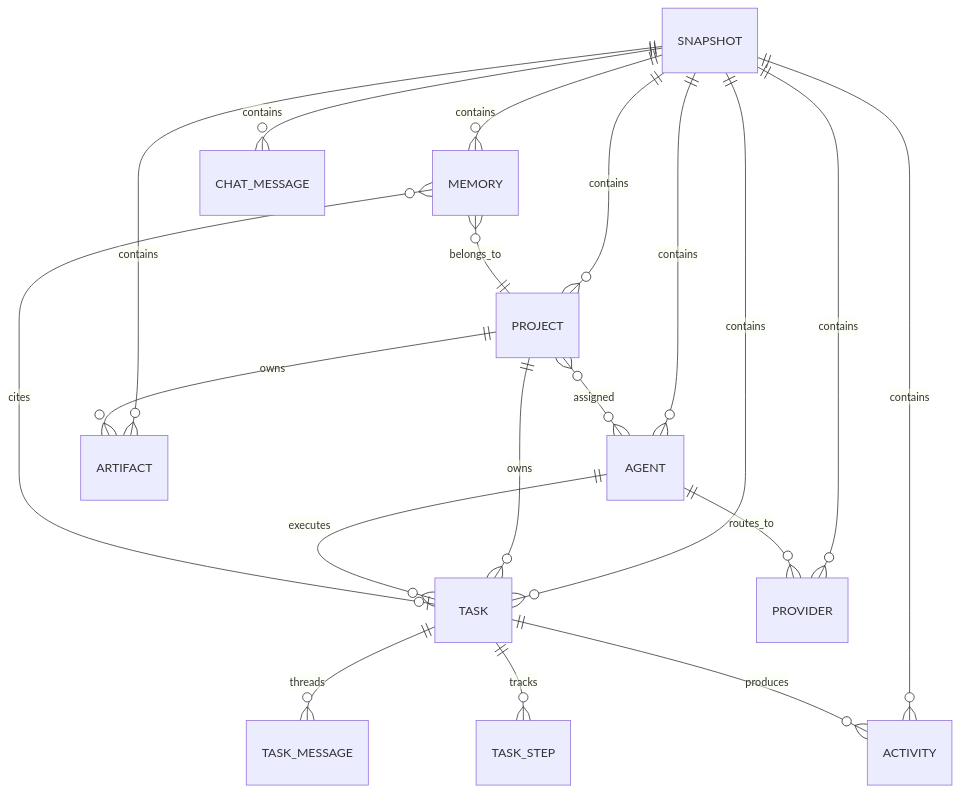
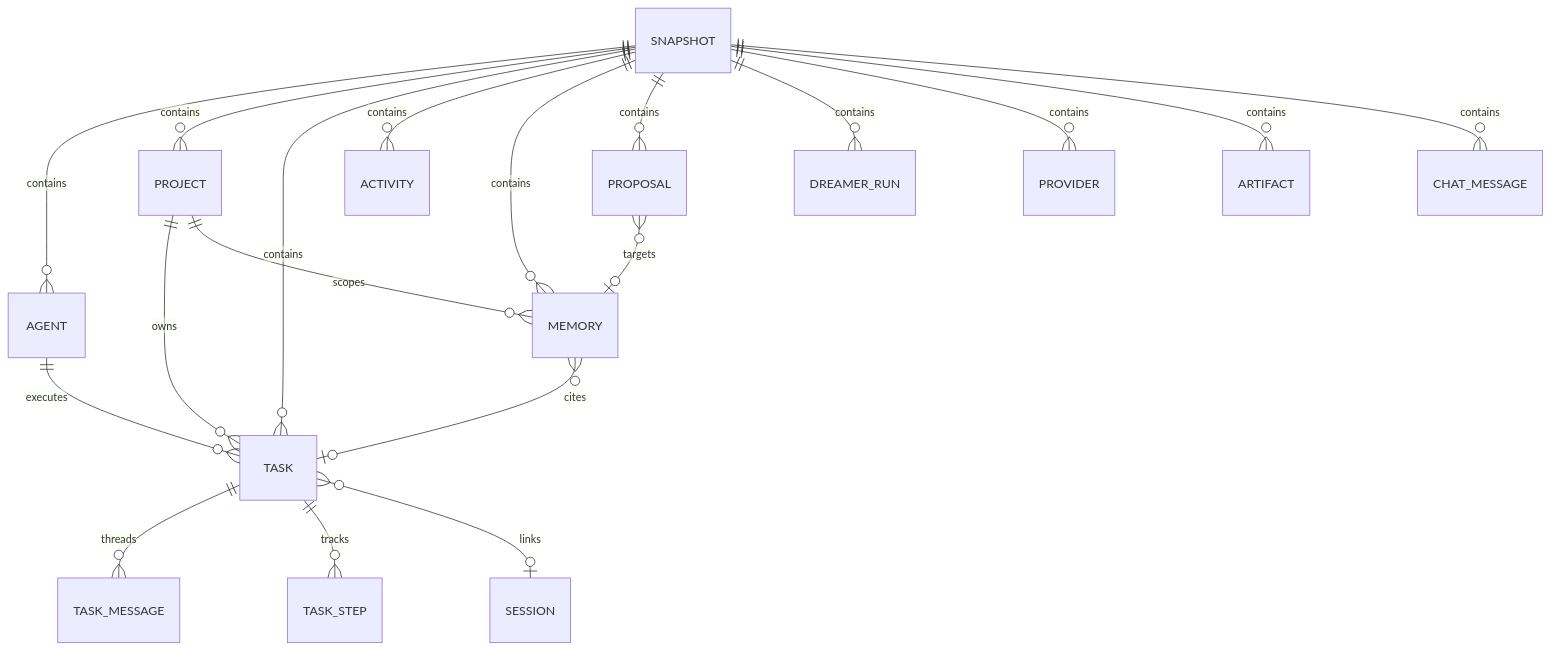
One commit to yogimait/Pets changed the diagram in docs/Data-Model.md. Above: the diagram before and after it, drawn with Mermaid. The commit also changed other lines of this file and 55 other files, not shown here.

````diff
--- a/docs/Data-Model.md
+++ b/docs/Data-Model.md
@@ -7,21 +22,21 @@
 ```mermaid
 erDiagram
   SNAPSHOT ||--o{ AGENT : contains
   SNAPSHOT ||--o{ PROJECT : contains
   SNAPSHOT ||--o{ TASK : contains
   SNAPSHOT ||--o{ ACTIVITY : contains
   SNAPSHOT ||--o{ MEMORY : contains
+  SNAPSHOT ||--o{ PROPOSAL : contains
+  SNAPSHOT ||--o{ DREAMER_RUN : contains
   SNAPSHOT ||--o{ PROVIDER : contains
   SNAPSHOT ||--o{ ARTIFACT : contains
   SNAPSHOT ||--o{ CHAT_MESSAGE : contains
   PROJECT ||--o{ TASK : owns
-  PROJECT ||--o{ ARTIFACT : owns
-  PROJECT }o--o{ AGENT : assigned
+  PROJECT ||--o{ MEMORY : scopes
   AGENT ||--o{ TASK : executes
-  AGENT ||--o{ PROVIDER : routes_to
   TASK ||--o{ TASK_MESSAGE : threads
   TASK ||--o{ TASK_STEP : tracks
-  TASK ||--o{ ACTIVITY : produces
-  MEMORY }o--|| PROJECT : belongs_to
+  TASK }o--o| SESSION : links
   MEMORY }o--o| TASK : cites
+  PROPOSAL }o--o| MEMORY : targets
 ```
````
